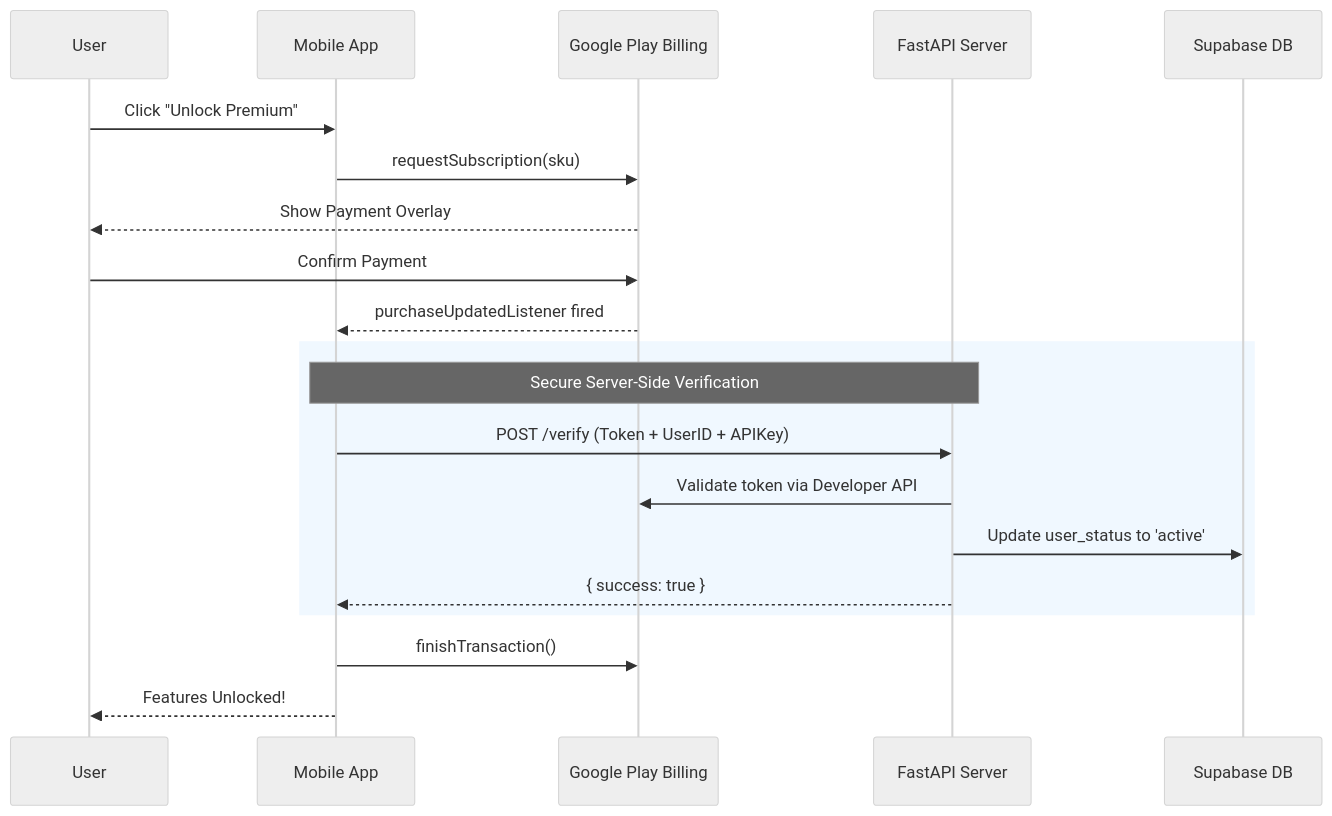
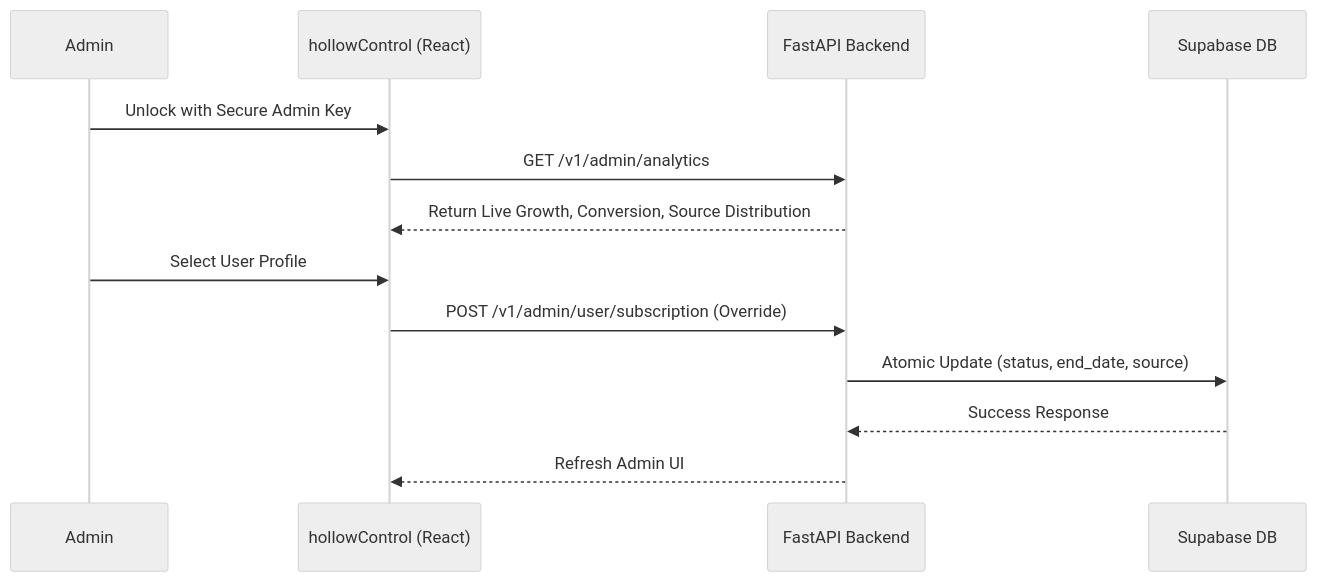
Before and after one commit to joshuatochinwachi/HollowScan-Mobile-App: the second of 6 diagrams in README.md, drawn with Mermaid (neutral theme). The commit also changed other lines of this file, not shown here.

````diff
--- a/README.md
+++ b/README.md
@@ -119,25 +137,16 @@
 ```mermaid
 sequenceDiagram
-    participant User
-    participant App as Mobile App
-    participant Google as Google Play Billing
-    participant Backend as FastAPI Server
+    participant Admin
+    participant Dashboard as hollowControl (React)
+    participant API as FastAPI Backend
     participant DB as Supabase DB
 
-    User->>App: Click "Unlock Premium"
-    App->>Google: requestSubscription(sku)
-    Google-->>User: Show Payment Overlay
-    User->>Google: Confirm Payment
-    Google-->>App: purchaseUpdatedListener fired
-    
-    rect rgb(240, 248, 255)
-    Note over App,Backend: Secure Server-Side Verification
-    App->>Backend: POST /verify (Token + UserID + APIKey)
-    Backend->>Google: Validate token via Developer API
-    Backend->>DB: Update user_status to 'active'
-    Backend-->>App: { success: true }
-    end
-
-    App->>Google: finishTransaction()
-    App-->>User: Features Unlocked!
+    Admin->>Dashboard: Unlock with Secure Admin Key
+    Dashboard->>API: GET /v1/admin/analytics
+    API-->>Dashboard: Return Live Growth, Conversion, Source Distribution
+    Admin->>Dashboard: Select User Profile
+    Dashboard->>API: POST /v1/admin/user/subscription (Override)
+    API->>DB: Atomic Update (status, end_date, source)
+    DB-->>API: Success Response
+    API-->>Dashboard: Refresh Admin UI
 ```
````
